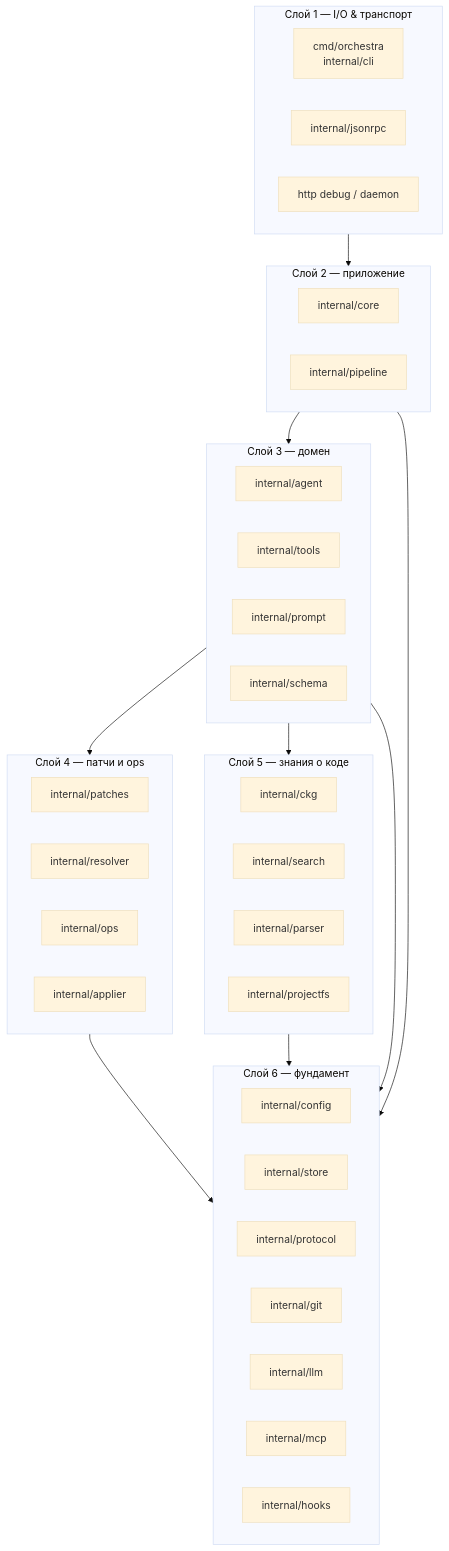
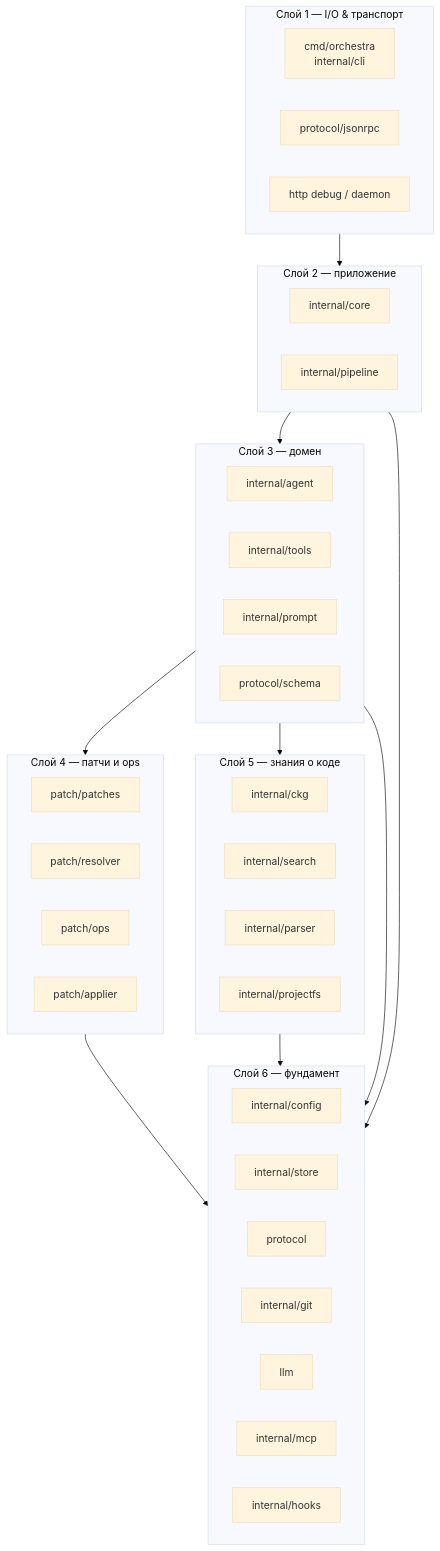
Before and after one commit to GreyKxtx/Orchestra: the seventh of 10 diagrams in docs/architecture-uml.md, drawn with Mermaid (base theme). The commit also changed other lines of this file and 4 other files, not shown here.

````diff
--- a/docs/architecture-uml.md
+++ b/docs/architecture-uml.md
@@ -409,61 +404,61 @@
 ```mermaid
 flowchart TB
     classDef layer fill:#fff,stroke:#333
 
     subgraph IO[Слой 1 — I/O & транспорт]
         direction LR
         cli["cmd/orchestra<br/>internal/cli"]
-        rpc["internal/jsonrpc"]
+        rpc["protocol/jsonrpc"]
         http["http debug / daemon"]
     end
 
     subgraph App[Слой 2 — приложение]
         direction LR
         core["internal/core"]
         pipeline["internal/pipeline"]
     end
 
     subgraph Domain[Слой 3 — домен]
         direction LR
         agent["internal/agent"]
         tools["internal/tools"]
         prompt["internal/prompt"]
-        schema["internal/schema"]
+        schema["protocol/schema"]
     end
 
     subgraph Patches[Слой 4 — патчи и ops]
         direction LR
-        ext["internal/patches"]
-        res["internal/resolver"]
-        ops["internal/ops"]
-        apl["internal/applier"]
+        ext["patch/patches"]
+        res["patch/resolver"]
+        ops["patch/ops"]
+        apl["patch/applier"]
     end
 
     subgraph Knowledge[Слой 5 — знания о коде]
         direction LR
         ckg["internal/ckg"]
         srch["internal/search"]
         prsr["internal/parser"]
         prjfs["internal/projectfs"]
     end
 
     subgraph Foundation[Слой 6 — фундамент]
         direction LR
         cfg["internal/config"]
         store["internal/store"]
-        proto["internal/protocol"]
+        proto["protocol"]
         gitp["internal/git"]
-        llmp["internal/llm"]
+        llmp["llm"]
         mcpp["internal/mcp"]
         hooks["internal/hooks"]
     end
 
     IO --> App
     App --> Domain
     Domain --> Patches
     Domain --> Knowledge
     Patches --> Foundation
     Knowledge --> Foundation
     Domain --> Foundation
     App --> Foundation
 ```
````
